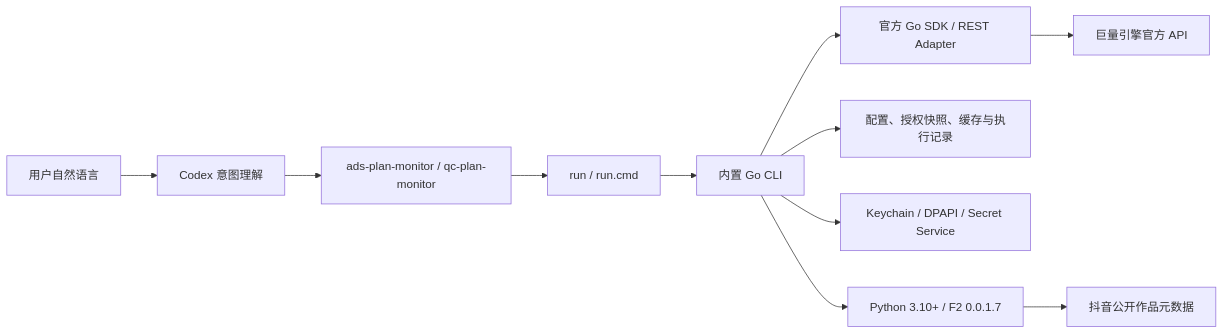
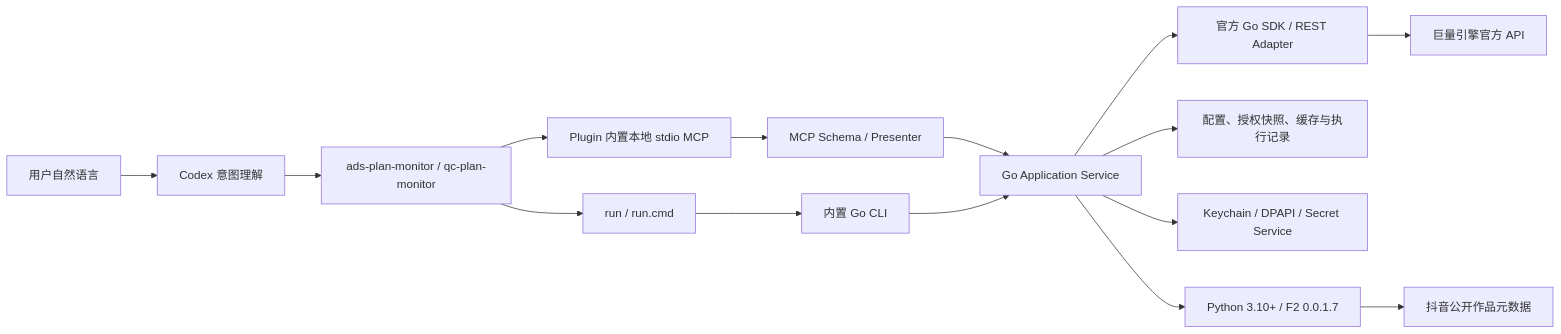
Before and after one commit to westng/ocean-watch: the diagram in docs/architecture.md, drawn with Mermaid. The commit also changed other lines of this file and 42 other files, not shown here.

````diff
--- a/docs/architecture.md
+++ b/docs/architecture.md
@@ -5,13 +5,17 @@
 ```mermaid
 flowchart LR
     User["用户自然语言"] --> Codex["Codex 意图理解"]
     Codex --> Skill["ads-plan-monitor / qc-plan-monitor"]
+    Skill --> MCP["Plugin 内置本地 stdio MCP"]
+    MCP --> MCPPresenter["MCP Schema / Presenter"]
+    MCPPresenter --> Application["Go Application Service"]
     Skill --> Launcher["run / run.cmd"]
     Launcher --> Go["内置 Go CLI"]
-    Go --> SDK["官方 Go SDK / REST Adapter"]
+    Go --> Application
+    Application --> SDK["官方 Go SDK / REST Adapter"]
     SDK --> API["巨量引擎官方 API"]
-    Go --> State["配置、授权快照、缓存与执行记录"]
-    Go --> Secrets["Keychain / DPAPI / Secret Service"]
-    Go --> F2["Python 3.10+ / F2 0.0.1.7"]
+    Application --> State["配置、授权快照、缓存与执行记录"]
+    Application --> Secrets["Keychain / DPAPI / Secret Service"]
+    Application --> F2["Python 3.10+ / F2 0.0.1.7"]
     F2 --> Public["抖音公开作品元数据"]
 ```
````
